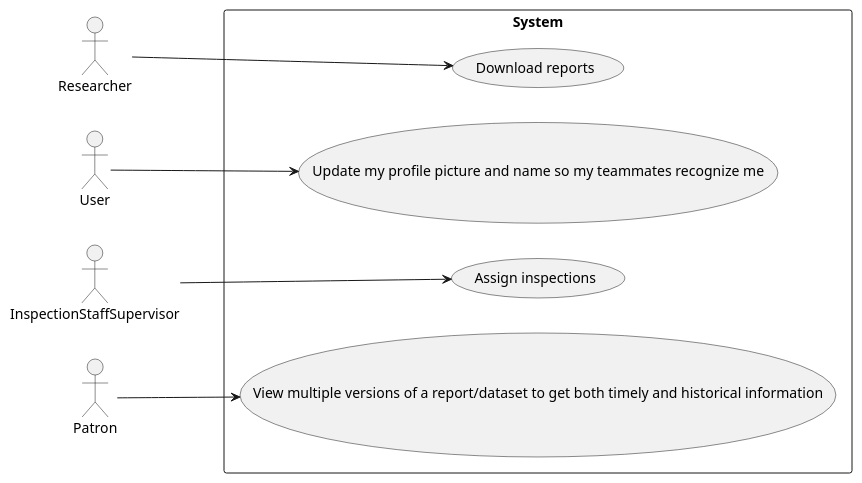
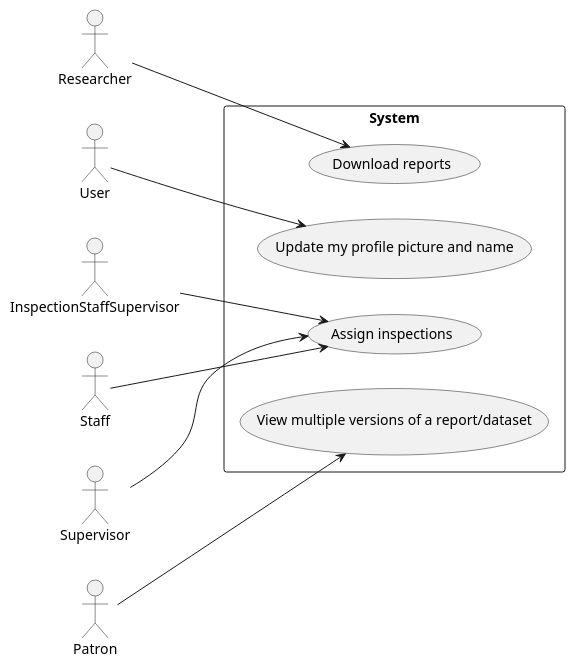
One commit to qamaruddin-qureshi/fyp-uml-diagram-generator changed the diagram in user_stories/golden_puml/use_case/use_case_test_Original_Inspector_System.puml. Above: the diagram before and after it, drawn with PlantUML. The commit also changed 6 other files, not shown here.

First line of the commit message:
fix: refined Use Case diagram extraction logic

```diff
--- a/user_stories/golden_puml/use_case/use_case_test_Original_Inspector_System.puml
+++ b/user_stories/golden_puml/use_case/use_case_test_Original_Inspector_System.puml
@@ -1,17 +1,21 @@
 @startuml
 left to right direction
 actor "Researcher" as Researcher
 actor "User" as User
 actor "InspectionStaffSupervisor" as InspectionStaffSupervisor
+actor "Staff" as Staff
+actor "Supervisor" as Supervisor
 actor "Patron" as Patron
 rectangle System {
 usecase "Download reports" as Downloadreports
-usecase "Update my profile picture and name so my teammates recognize me" as Updatemyprofilepictureandnamesomyteammatesrecognizeme
+usecase "Update my profile picture and name" as Updatemyprofilepictureandname
 usecase "Assign inspections" as Assigninspections
-usecase "View multiple versions of a report/dataset to get both timely and historical information" as Viewmultipleversionsofareportdatasettogetbothtimelyandhistoricalinformation
+usecase "View multiple versions of a report/dataset" as Viewmultipleversionsofareportdataset
 }
 Researcher --> Downloadreports
-User --> Updatemyprofilepictureandnamesomyteammatesrecognizeme
+User --> Updatemyprofilepictureandname
 InspectionStaffSupervisor --> Assigninspections
-Patron --> Viewmultipleversionsofareportdatasettogetbothtimelyandhistoricalinformation
+Staff --> Assigninspections
+Supervisor --> Assigninspections
+Patron --> Viewmultipleversionsofareportdataset
 @enduml
```
